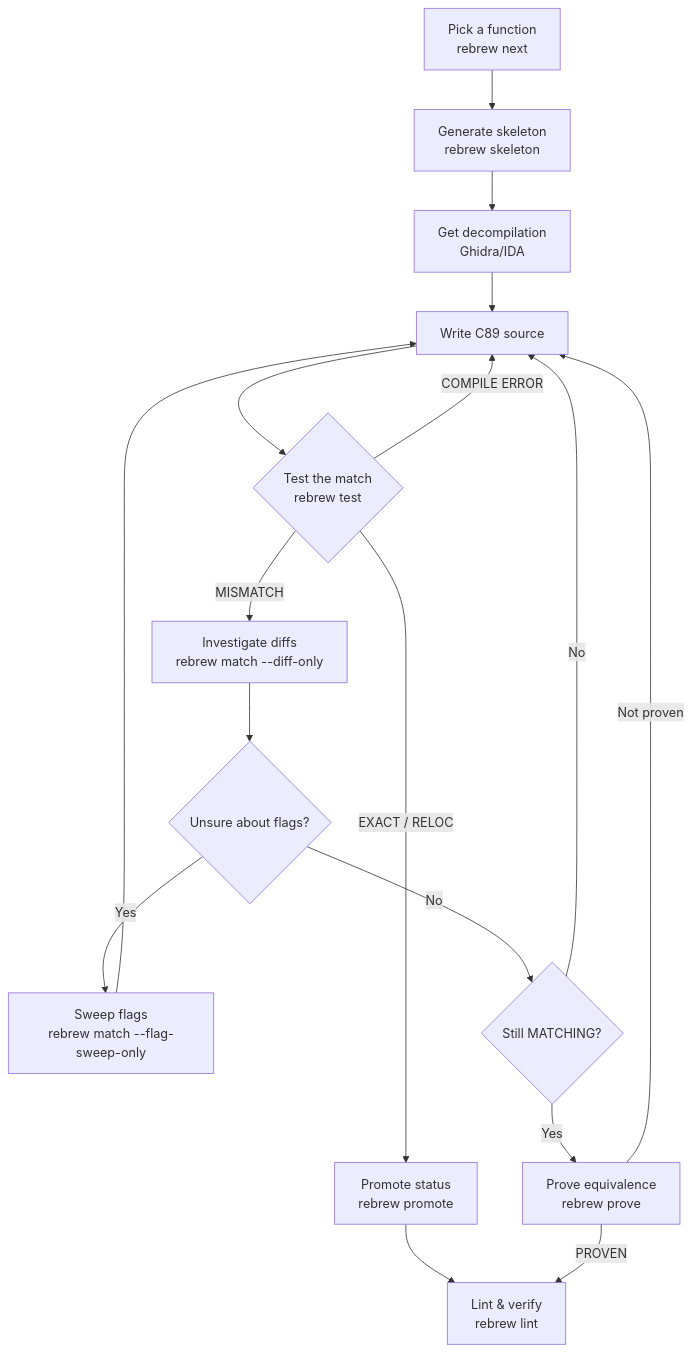
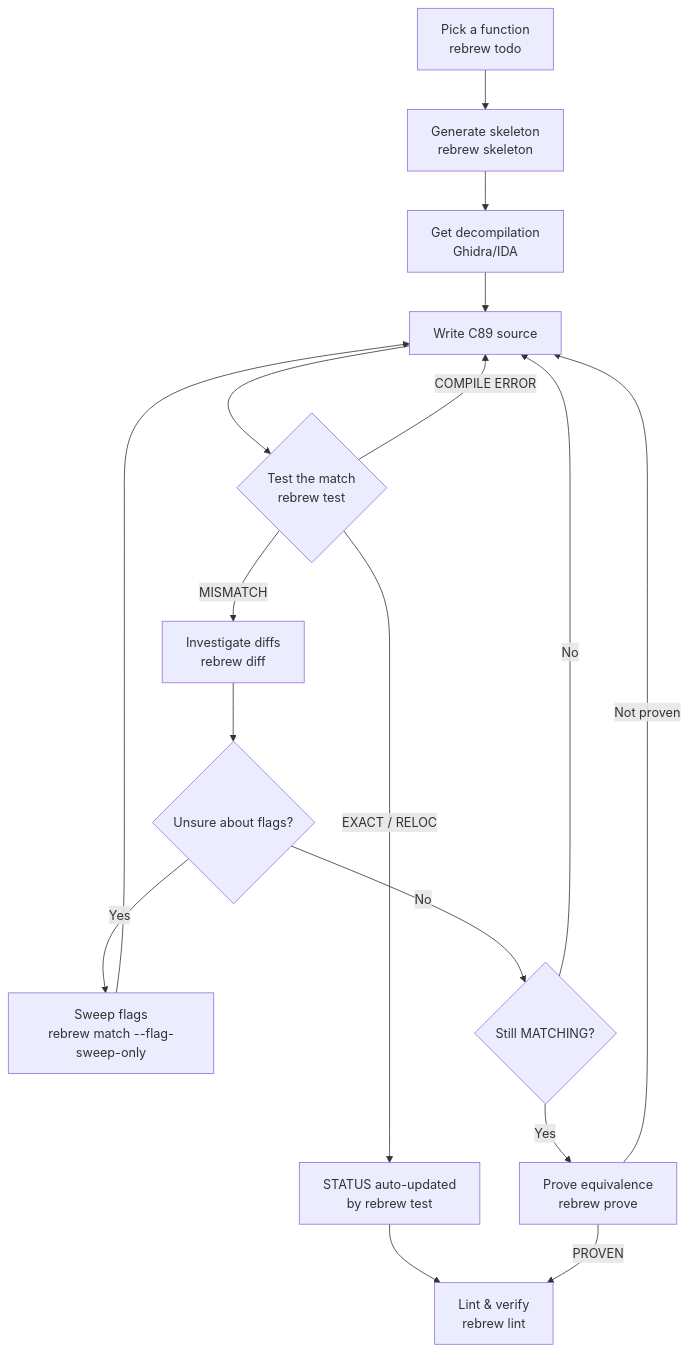
Before and after one commit to maci0/rebrew: the diagram in docs/WORKFLOW.md, drawn with Mermaid. The commit also changed other lines of this file and 5 other files, not shown here.

````diff
--- a/docs/WORKFLOW.md
+++ b/docs/WORKFLOW.md
@@ -125,19 +118,19 @@
 ```mermaid
 graph TD
-    Pick[Pick a function<br/>rebrew next] --> Gen[Generate skeleton<br/>rebrew skeleton]
+    Pick[Pick a function<br/>rebrew todo] --> Gen[Generate skeleton<br/>rebrew skeleton]
     Gen --> Decomp[Get decompilation<br/>Ghidra/IDA]
     Decomp --> Write[Write C89 source]
     Write --> Test{Test the match<br/>rebrew test}
-    Test -->|EXACT / RELOC| Promote[Promote status<br/>rebrew promote]
-    Test -->|MISMATCH| Diff[Investigate diffs<br/>rebrew match --diff-only]
+    Test -->|EXACT / RELOC| Done[STATUS auto-updated<br/>by rebrew test]
+    Test -->|MISMATCH| Diff[Investigate diffs<br/>rebrew diff]
     Test -->|COMPILE ERROR| Write
-    Promote --> Lint[Lint & verify<br/>rebrew lint]
+    Done --> Lint[Lint & verify<br/>rebrew lint]
     Diff --> Flags{Unsure about flags?}
     Flags -->|Yes| Sweep[Sweep flags<br/>rebrew match --flag-sweep-only]
     Sweep --> Write
     Flags -->|No| Prove{Still MATCHING?}
     Prove -->|Yes| Symbolic[Prove equivalence<br/>rebrew prove]
     Symbolic -->|PROVEN| Lint
     Symbolic -->|Not proven| Write
     Prove -->|No| Write
 ```
````
